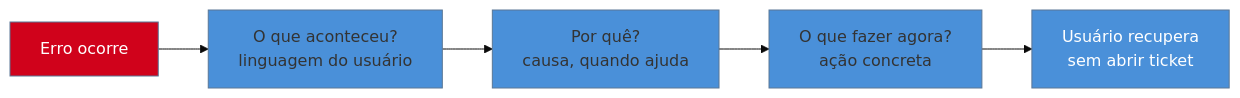
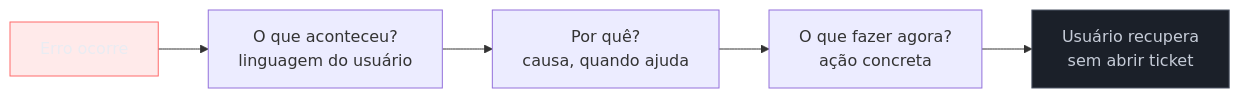
Before and after one commit to josenaldo/codex-technomanticus: the diagram in 03-Dominios/Engenharia/UX/UX Writing e Content Design/35 - Erros - fluxo de recuperação e mensagem que não culpa.md, drawn with Mermaid. The commit also changed 1181 other files, not shown here.

First line of the commit message:
fix(diagramas): paleta do sistema no lugar de cor cravada no markdown

````diff
--- a/03-Dominios/Engenharia/UX/UX Writing e Content Design/35 - Erros - fluxo de recuperação e mensagem que não culpa.md
+++ b/03-Dominios/Engenharia/UX/UX Writing e Content Design/35 - Erros - fluxo de recuperação e mensagem que não culpa.md
@@ -32,10 +32,11 @@
 ```mermaid
-%%{init: {"theme": "base", "themeVariables": {"primaryColor": "#4A90D9"}}}%%
 graph LR
+    classDef falha fill:#FF6B6B24,stroke:#FF6B6B,color:#E9ECF2
+    classDef neutro fill:#1B2029,stroke:#4E5666,color:#C6CCD8
     E["Erro ocorre"] --> A["O que aconteceu?<br/>linguagem do usuário"]
     A --> B["Por quê?<br/>causa, quando ajuda"]
     B --> C["O que fazer agora?<br/>ação concreta"]
     C --> R["Usuário recupera<br/>sem abrir ticket"]
-    style E fill:#D0021B,color:#fff
-    style R fill:#4A90D9,color:#fff
+    class E falha
+    class R neutro
 ```
````
